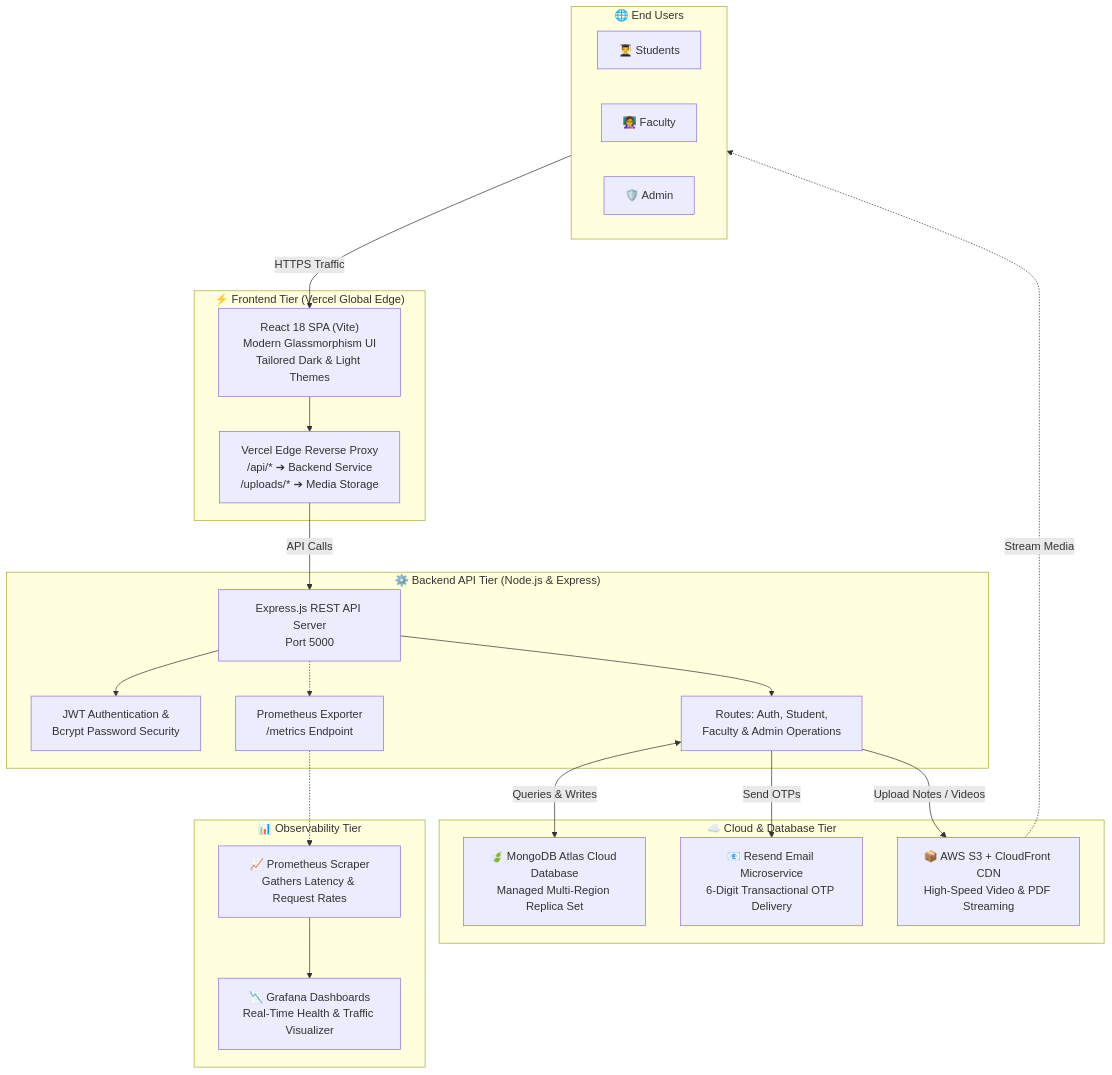
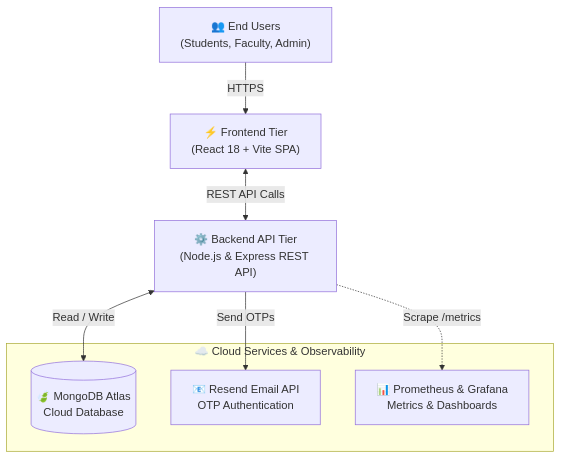
The diagram in README.md (ajaygangwar945/EduVibe-LMS), drawn with Mermaid before and after one commit.

Commit message:
docs: simplify system architecture mermaid diagram

````diff
--- a/README.md
+++ b/README.md
@@ -52,44 +52,18 @@
 ```mermaid
 flowchart TD
-    subgraph Clients["🌐 End Users"]
-        Student["👨‍🎓 Students"]
-        Faculty["👩‍🏫 Faculty"]
-        Admin["🛡️ Admin"]
+    Users["👥 End Users<br/>(Students, Faculty, Admin)"]
+    Frontend["⚡ Frontend Tier<br/>(React 18 + Vite SPA)"]
+    Backend["⚙️ Backend API Tier<br/>(Node.js & Express REST API)"]
+
+    subgraph CloudServices["☁️ Cloud Services & Observability"]
+        Database[("🍃 MongoDB Atlas<br/>Cloud Database")]
+        Email["📧 Resend Email API<br/>OTP Authentication"]
+        Monitoring["📊 Prometheus & Grafana<br/>Metrics & Dashboards"]
     end
 
-    subgraph FrontendTier["⚡ Frontend Tier (Vercel Global Edge)"]
-        SPA["React 18 SPA (Vite)<br/>Modern Glassmorphism UI<br/>Tailored Dark & Light Themes"]
-        Proxy["Vercel Edge Reverse Proxy<br/>/api/* ➔ Backend Service<br/>/uploads/* ➔ Media Storage"]
-    end
-
-    subgraph BackendTier["⚙️ Backend API Tier (Node.js & Express)"]
-        API["Express.js REST API Server<br/>Port 5000"]
-        Auth["JWT Authentication &<br/>Bcrypt Password Security"]
-        Routes["Routes: Auth, Student,<br/>Faculty & Admin Operations"]
-        Metrics["Prometheus Exporter<br/>/metrics Endpoint"]
-    end
-
-    subgraph CloudServices["☁️ Cloud & Database Tier"]
-        Mongo["🍃 MongoDB Atlas Cloud Database<br/>Managed Multi-Region Replica Set"]
-        Resend["📧 Resend Email Microservice<br/>6-Digit Transactional OTP Delivery"]
-        S3["📦 AWS S3 + CloudFront CDN<br/>High-Speed Video & PDF Streaming"]
-    end
-
-    subgraph MonitoringTier["📊 Observability Tier"]
-        Prom["📈 Prometheus Scraper<br/>Gathers Latency & Request Rates"]
-        Graf["📉 Grafana Dashboards<br/>Real-Time Health & Traffic Visualizer"]
-    end
-
-    Clients -->|HTTPS Traffic| SPA
-    SPA --> Proxy
-    Proxy -->|API Calls| API
-    API --> Auth
-    API --> Routes
-    Routes <-->|Queries & Writes| Mongo
-    Routes -->|Send OTPs| Resend
-    Routes -->|Upload Notes / Videos| S3
-    S3 -.->|Stream Media| Clients
-    API -.-> Metrics
-    Metrics -.-> Prom
-    Prom --> Graf
+    Users -->|HTTPS| Frontend
+    Frontend <-->|REST API Calls| Backend
+    Backend <-->|Read / Write| Database
+    Backend -->|Send OTPs| Email
+    Backend -.->|Scrape /metrics| Monitoring
 ```
````
